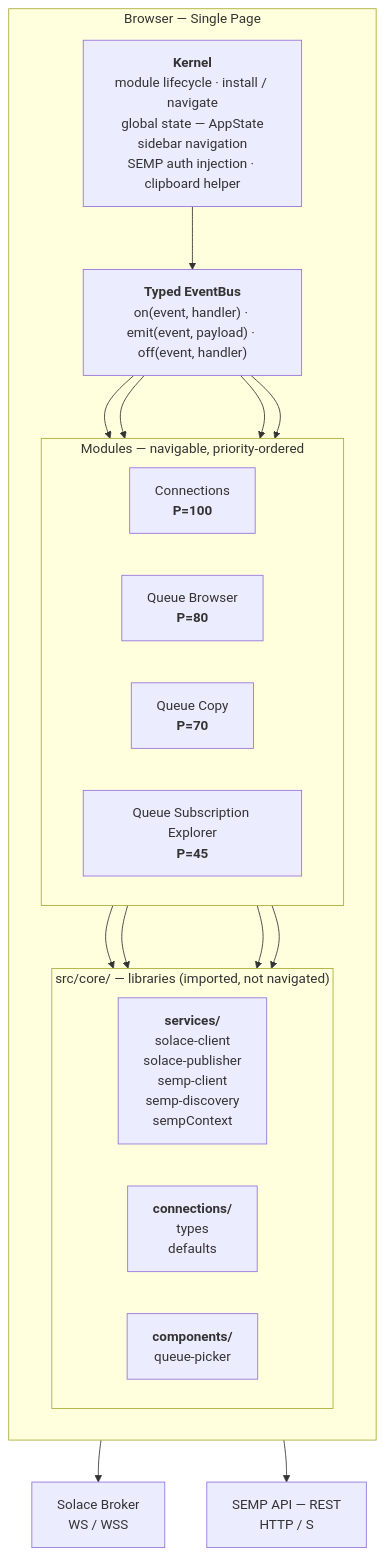
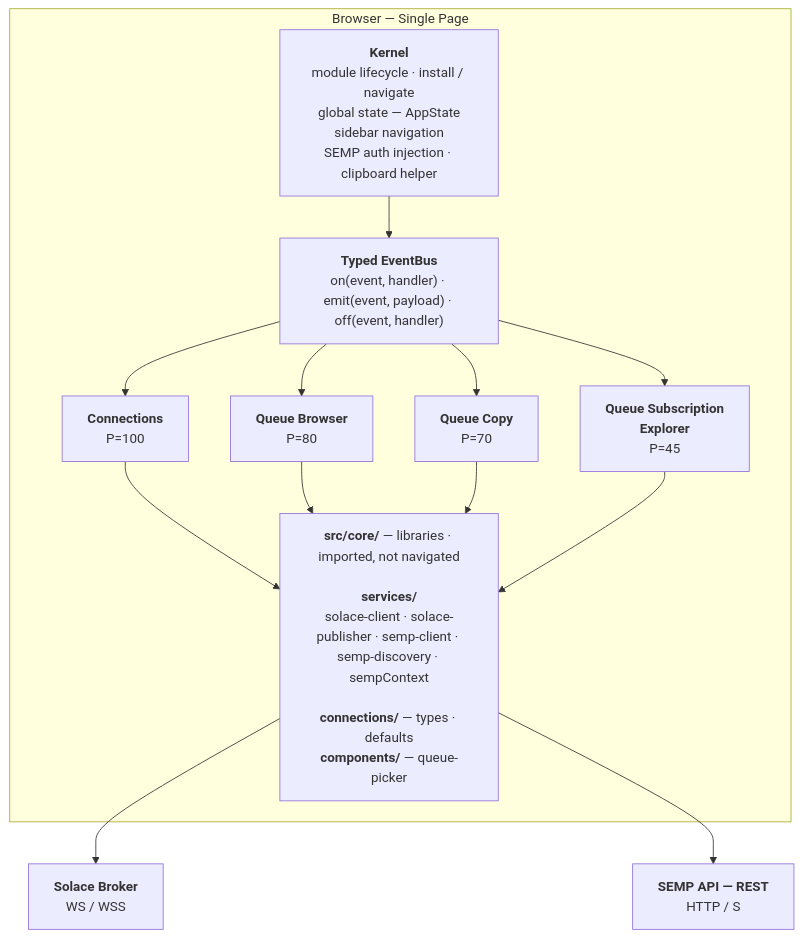
Before and after one commit to SolaceLabs/solace-msg-utility: the first of 5 diagrams in docs/architecture.md, drawn with Mermaid.

````diff
--- a/docs/architecture.md
+++ b/docs/architecture.md
@@ -5,30 +5,21 @@
 ```mermaid
 flowchart TB
     subgraph browser["Browser — Single Page"]
-        direction TB
         kernel["<b>Kernel</b><br/>module lifecycle · install / navigate<br/>global state — AppState<br/>sidebar navigation<br/>SEMP auth injection · clipboard helper"]
         bus["<b>Typed EventBus</b><br/>on(event, handler) · emit(event, payload) · off(event, handler)"]
 
-        subgraph modules["Modules — navigable, priority-ordered"]
-            direction LR
-            conn["Connections<br/><b>P=100</b>"]
-            qb["Queue Browser<br/><b>P=80</b>"]
-            qc["Queue Copy<br/><b>P=70</b>"]
-            qse["Queue Subscription Explorer<br/><b>P=45</b>"]
-        end
+        conn["<b>Connections</b><br/>P=100"]
+        qb["<b>Queue Browser</b><br/>P=80"]
+        qc["<b>Queue Copy</b><br/>P=70"]
+        qse["<b>Queue Subscription<br/>Explorer</b><br/>P=45"]
 
-        subgraph core["src/core/ — libraries (imported, not navigated)"]
-            direction LR
-            services["<b>services/</b><br/>solace-client<br/>solace-publisher<br/>semp-client<br/>semp-discovery<br/>sempContext"]
-            conndir["<b>connections/</b><br/>types<br/>defaults"]
-            components["<b>components/</b><br/>queue-picker"]
-        end
+        core["<b>src/core/</b> — libraries · imported, not navigated<br/><br/><b>services/</b><br/>solace-client · solace-publisher · semp-client · semp-discovery · sempContext<br/><br/><b>connections/</b> — types · defaults<br/><b>components/</b> — queue-picker"]
 
         kernel --> bus
         bus --> conn & qb & qc & qse
         conn & qb & qc & qse --> core
     end
 
-    core --> broker["Solace Broker<br/>WS / WSS"]
-    core --> semp["SEMP API — REST<br/>HTTP / S"]
+    core --> broker["<b>Solace Broker</b><br/>WS / WSS"]
+    core --> semp["<b>SEMP API — REST</b><br/>HTTP / S"]
 ```
````
